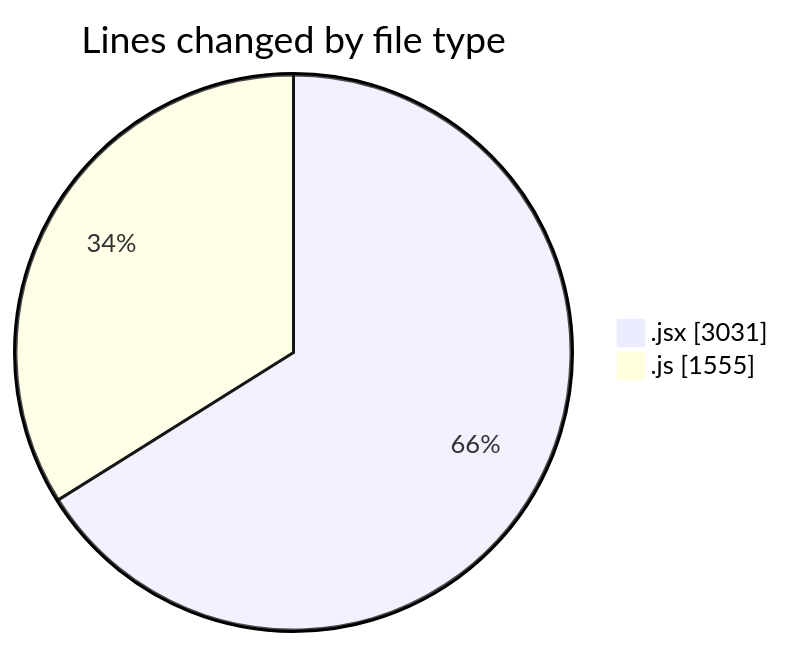
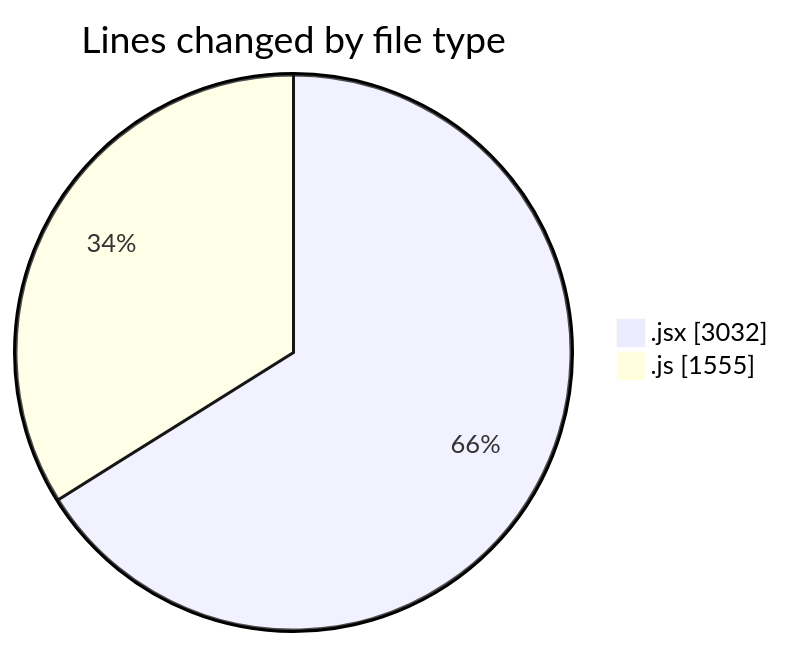
The first of 2 diagrams in 2025-07-11/argos/README.md (nxtqubesakshisongat/code-tracking), drawn with Mermaid before and after one commit. The commit also changed other lines of this file and 1 other file, not shown here.

````diff
--- a/2025-07-11/argos/README.md
+++ b/2025-07-11/argos/README.md
@@ -26,6 +26,6 @@
 ```mermaid
 pie showData
 title Lines changed by file type
-".jsx" : 3031
+".jsx" : 3032
 ".js" : 1555
 ```
````
